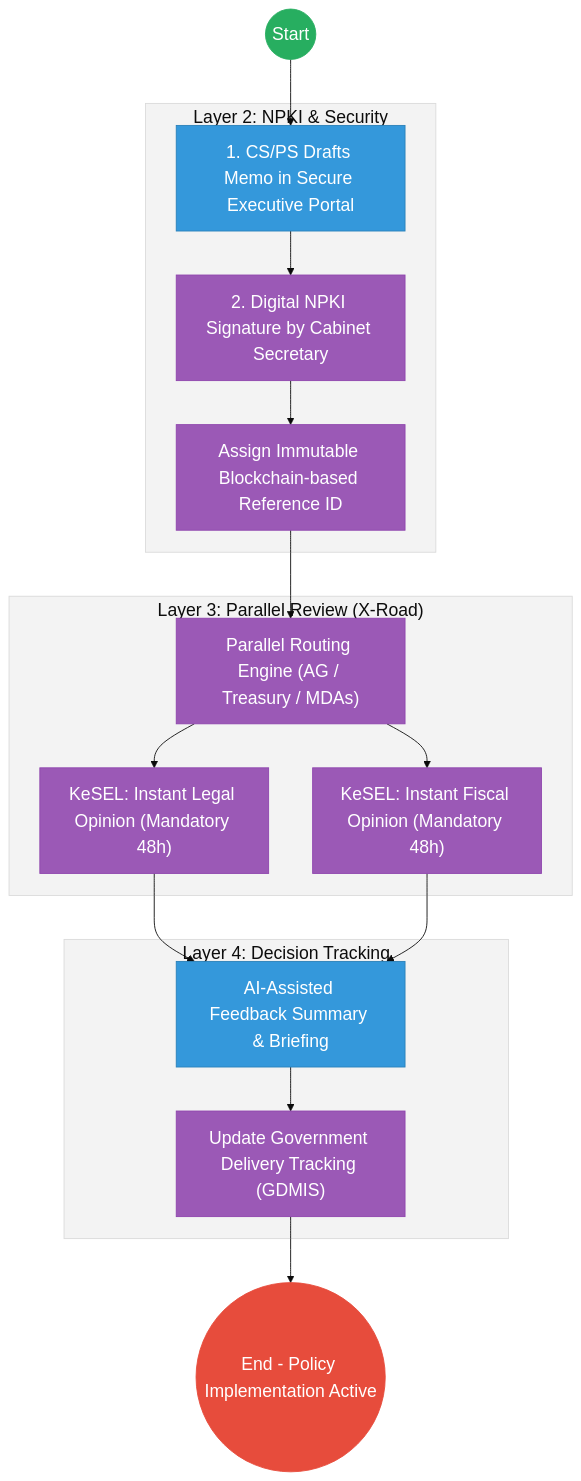
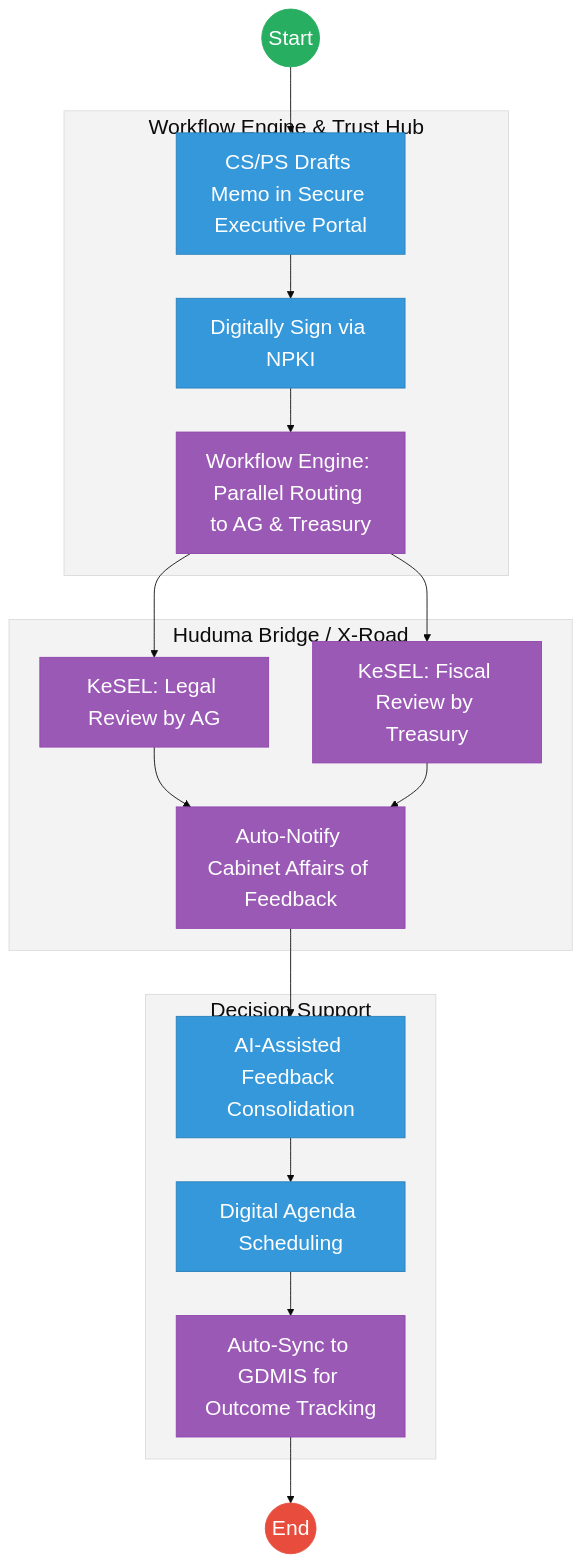
Before and after one commit to BITZ-IT-Consulting-LTD/ictapoc: the second of 2 diagrams in mdas/docs_final/priority_mdas/CABINET_OFFICE___Service_Delivery.md, drawn with Mermaid. The commit also changed other lines of this file and 90 other files, not shown here.

````diff
--- a/mdas/docs_final/priority_mdas/CABINET_OFFICE___Service_Delivery.md
+++ b/mdas/docs_final/priority_mdas/CABINET_OFFICE___Service_Delivery.md
@@ -111,33 +130,34 @@
 ```mermaid
-%%{init: { 'theme': 'base', 'themeVariables': { 'fontSize': '20px', 'fontFamily': 'Inter, system-ui, sans-serif', 'primaryColor': '#ffffff', 'edgeLabelBackground':'#ffffff', 'tertiaryColor': '#f3f3f3', 'mainBkg': '#ffffff', 'nodeBorder': '#333333' } } }%%
-flowchart TD
-    Start((Start)) --> Draft["1. CS/PS Drafts Memo in Secure Executive Portal"]
+%%{init: { 'theme': 'base', 'themeVariables': { 'fontSize': '24px', 'fontFamily': 'Inter, system-ui, sans-serif', 'primaryColor': '#ffffff', 'edgeLabelBackground':'#ffffff', 'tertiaryColor': '#f3f3f3', 'mainBkg': '#ffffff', 'nodeBorder': '#333333' } } }%%
+graph TD
+    Start((Start)) --> Draft["CS/PS Drafts Memo in Secure Executive Portal"]
     
-    subgraph Trust_Hub["Layer 2: NPKI & Security"]
-        Draft --> Sign["2. Digital NPKI Signature by Cabinet Secretary"]
-        Sign --> RefID["Assign Immutable Blockchain-based Reference ID"]
+    subgraph Layer2["Workflow Engine & Trust Hub"]
+        Draft --> Sign["Digitally Sign via NPKI "]
+        Sign --> Parallel["Workflow Engine: Parallel Routing to AG & Treasury"]
     end
+    
+    subgraph Layer3["Huduma Bridge / X-Road"]
+        Parallel --> AG["KeSEL: Legal Review by AG"]
+        Parallel --> Treasury["KeSEL: Fiscal Review by Treasury"]
+        AG --> Notify["Auto-Notify Cabinet Affairs of Feedback"]
+        Treasury --> Notify
+    end
+    
+    subgraph Layer4["Decision Support"]
+        Notify --> Consolidate["AI-Assisted Feedback Consolidation"]
+        Consolidate --> Schedule["Digital Agenda Scheduling"]
+        Schedule --> GDMIS["Auto-Sync to GDMIS for Outcome Tracking"]
+    end
+    
+    GDMIS --> End((End))
 
-    subgraph Interop_Interop["Layer 3: Parallel Review (X-Road)"]
-        RefID --> Parallel["Parallel Routing Engine (AG / Treasury / MDAs)"]
-        Parallel --> AG["KeSEL: Instant Legal Opinion (Mandatory 48h)"]
-        Parallel --> Treasury["KeSEL: Instant Fiscal Opinion (Mandatory 48h)"]
-    end
-
-    subgraph Settlement["Layer 4: Decision Tracking"]
-        AG & Treasury --> Consolidate["AI-Assisted Feedback Summary & Briefing"]
-        Consolidate --> GDMIS["Update Government Delivery Tracking (GDMIS)"]
-    end
-
-    GDMIS --> EndProcess(("End - Policy Implementation Active"))
-
-    classDef start fill:#27ae60,stroke:#27ae60,color:#fff,font-size:20px;;
-    classDef endNode fill:#e74c3c,stroke:#e74c3c,color:#fff,font-size:20px;;
-    classDef userTask fill:#3498db,stroke:#2980b9,color:#fff,font-size:20px;;
-    classDef serviceTask fill:#9b59b6,stroke:#8e44ad,color:#fff,font-size:20px;;
-    
+    classDef start fill:#27ae60,stroke:#27ae60,color:#fff,font-size:24px,font-size:24px;;
+    classDef endNode fill:#e74c3c,stroke:#e74c3c,color:#fff,font-size:24px,font-size:24px;;
+    classDef userTask fill:#3498db,stroke:#2980b9,color:#fff,font-size:24px,font-size:24px;;
+    classDef serviceTask fill:#9b59b6,stroke:#8e44ad,color:#fff,font-size:24px,font-size:24px;;
     class Start start;
-    class EndProcess endNode;
-    class Draft,Consolidate userTask;
-    class Sign,RefID,Parallel,AG,Treasury,GDMIS serviceTask;
+    class End endNode;
+    class Draft,Sign,Consolidate,Schedule userTask;
+    class Parallel,AG,Treasury,Notify,GDMIS serviceTask;
 ```
````
